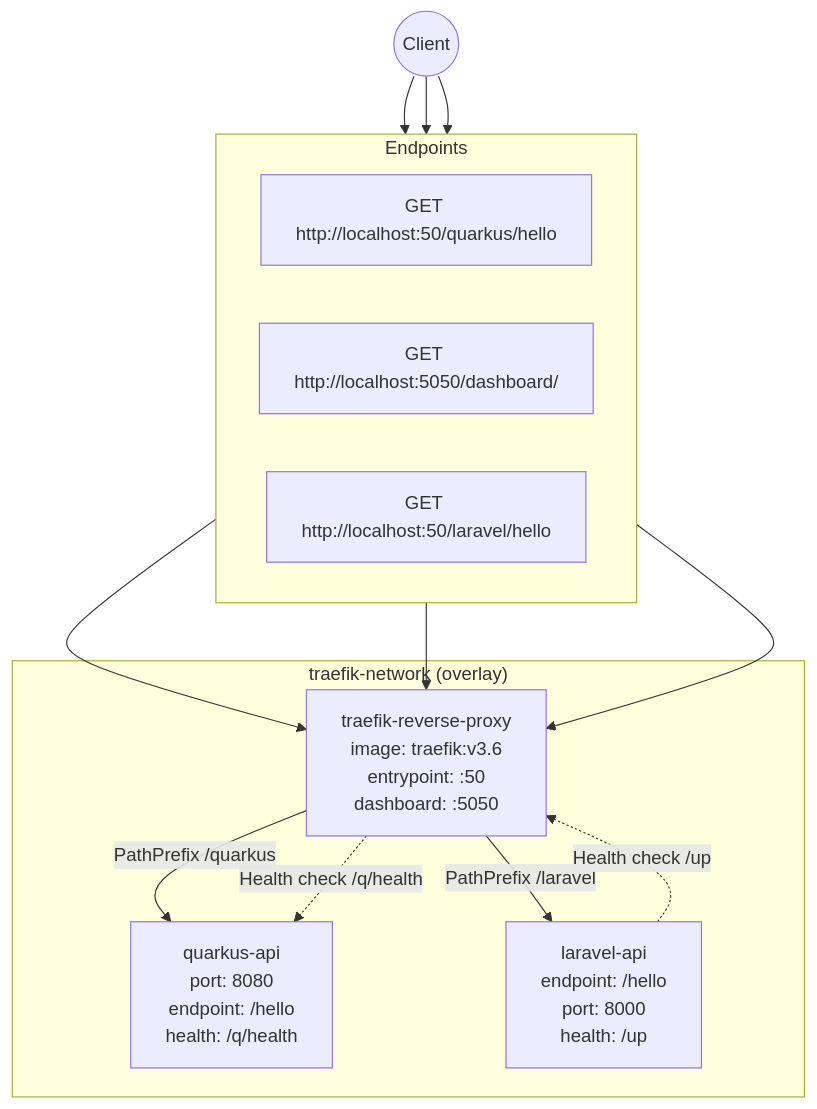
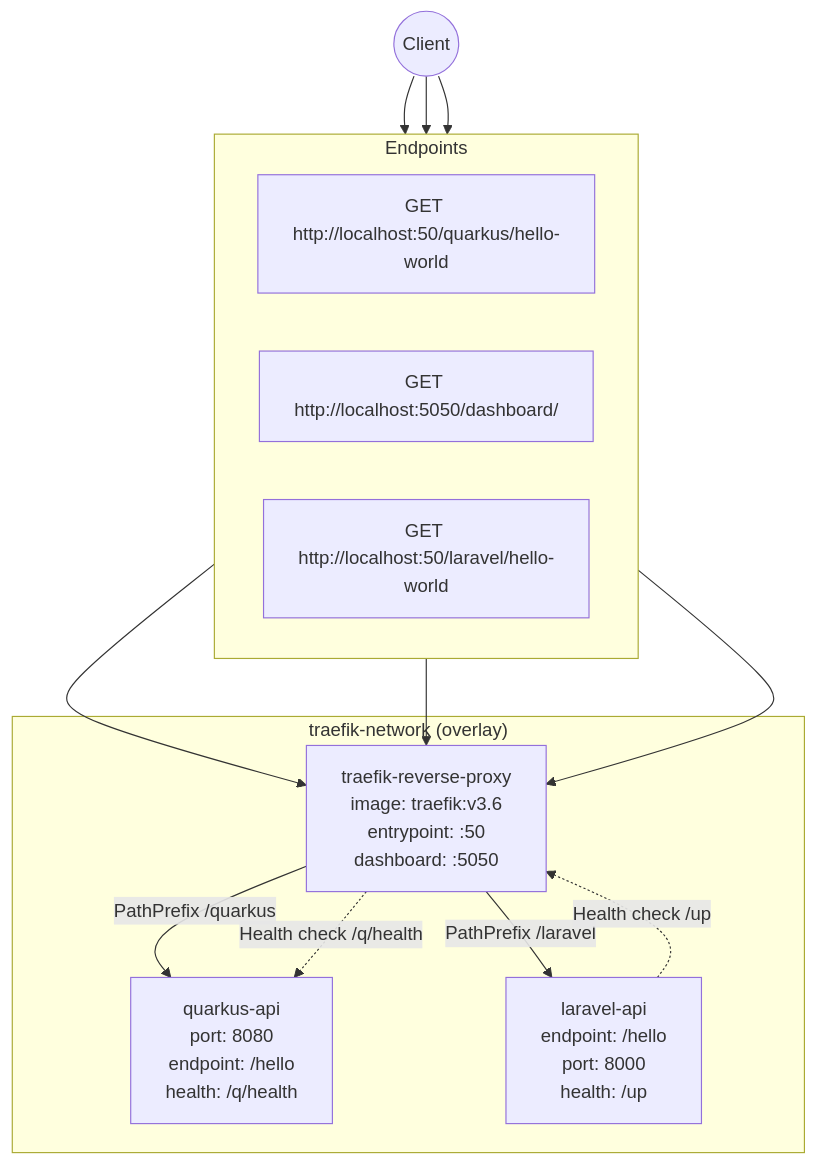
One commit to puzre/simple-reverse-proxy changed the diagram in README.md. Above: the diagram before and after it, drawn with Mermaid. The commit also changed other lines of this file and 56 other files, not shown here.

````diff
--- a/README.md
+++ b/README.md
@@ -6,29 +6,29 @@
 ```mermaid
 graph TD
     Client((Client))
 
     subgraph "Endpoints"
         direction LR
-        QReq["GET http://localhost:50/quarkus/hello"]
+        QReq["GET http://localhost:50/quarkus/hello"-world]
         DReq["GET http://localhost:5050/dashboard/"]
-        LReq["GET http://localhost:50/laravel/hello"]
+        LReq["GET http://localhost:50/laravel/hello-world"]
     end
 
     Client --> QReq
     Client --> DReq
     Client --> LReq
 
     Traefik["traefik-reverse-proxy\nimage: traefik:v3.6\nentrypoint: :50\ndashboard: :5050"]
 
     QReq --> Traefik
     DReq --> Traefik
     LReq --> Traefik
 
     subgraph "traefik-network (overlay)"
         Traefik -->|PathPrefix /quarkus| Quarkus["quarkus-api\nport: 8080\nendpoint: /hello\nhealth: /q/health"]
         Traefik -->|PathPrefix /laravel| Laravel["laravel-api\nendpoint: /hello\nport: 8000\nhealth: /up"]
     end
 
     Traefik -.->|Health check /q/health| Quarkus
     Laravel -.->|Health check /up| Traefik
 ```
````
